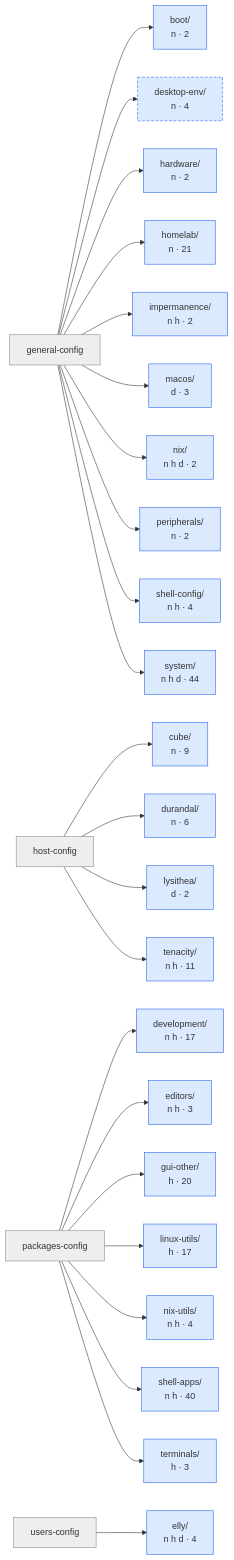
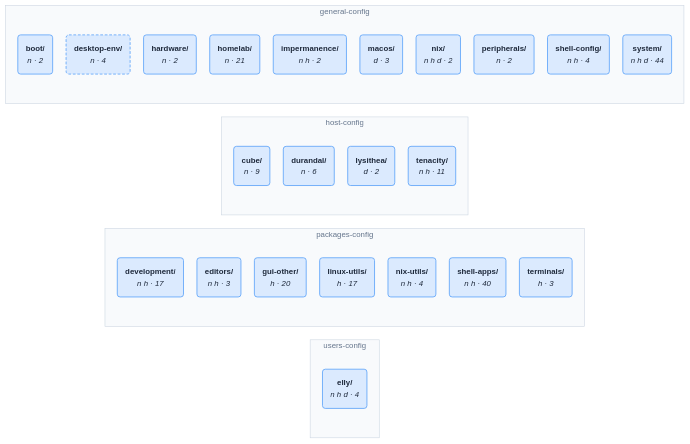
The diagram in wiki/architecture.md (NireBryce/nixos-configs), drawn with Mermaid before and after one commit. The commit also changed 3 other files, not shown here.

First line of the commit message:
feat: module-graph diagrams styled after nix-topology

````diff
--- a/wiki/architecture.md
+++ b/wiki/architecture.md
@@ -61,62 +61,48 @@
 ```mermaid
+%%{init: {"theme": "base", "themeVariables": {"fontFamily": "ui-sans-serif, system-ui, sans-serif", "fontSize": "14px", "lineColor": "#94a3b8"}, "flowchart": {"curve": "basis", "nodeSpacing": 24, "rankSpacing": 80, "padding": 14}}}%%
 flowchart LR
-    n0["general-config"]
-    n1["host-config"]
-    n2["packages-config"]
-    n3["users-config"]
-    n4["boot/<br/>n · 2"]
-    n5["desktop-env/<br/>n · 4"]
-    n6["hardware/<br/>n · 2"]
-    n7["homelab/<br/>n · 21"]
-    n8["impermanence/<br/>n h · 2"]
-    n9["macos/<br/>d · 3"]
-    n10["nix/<br/>n h d · 2"]
-    n11["peripherals/<br/>n · 2"]
-    n12["shell-config/<br/>n h · 4"]
-    n13["system/<br/>n h d · 44"]
-    n14["cube/<br/>n · 9"]
-    n15["durandal/<br/>n · 6"]
-    n16["lysithea/<br/>d · 2"]
-    n17["tenacity/<br/>n h · 11"]
-    n18["development/<br/>n h · 17"]
-    n19["editors/<br/>n h · 3"]
-    n20["gui-other/<br/>h · 20"]
-    n21["linux-utils/<br/>h · 17"]
-    n22["nix-utils/<br/>n h · 4"]
-    n23["shell-apps/<br/>n h · 40"]
-    n24["terminals/<br/>h · 3"]
-    n25["elly/<br/>n h d · 4"]
-    n0 --> n4
-    n0 --> n5
-    n0 --> n6
-    n0 --> n7
-    n0 --> n8
-    n0 --> n9
-    n0 --> n10
-    n0 --> n11
-    n0 --> n12
-    n0 --> n13
-    n1 --> n14
-    n1 --> n15
-    n1 --> n16
-    n1 --> n17
-    n2 --> n18
-    n2 --> n19
-    n2 --> n20
-    n2 --> n21
-    n2 --> n22
-    n2 --> n23
-    n2 --> n24
-    n3 --> n25
-    classDef area fill:#eee,stroke:#888
-    classDef category fill:#dbeafe,stroke:#2563eb
-    classDef module fill:#fff,stroke:#555
-    classDef aggregate fill:#fef3c7,stroke:#b45309
-    classDef missing fill:#fee2e2,stroke:#b91c1c
-    classDef orphan fill:#fff,stroke:#dc2626,stroke-width:3px,color:#b91c1c
+    subgraph g3["users-config"]
+        n25("<b>elly/</b><br/><i>n h d · 4</i>")
+    end
+    style g3 fill:#f8fafc,stroke:#cbd5e1,color:#64748b
+    subgraph g2["packages-config"]
+        n18("<b>development/</b><br/><i>n h · 17</i>")
+        n19("<b>editors/</b><br/><i>n h · 3</i>")
+        n20("<b>gui-other/</b><br/><i>h · 20</i>")
+        n21("<b>linux-utils/</b><br/><i>h · 17</i>")
+        n22("<b>nix-utils/</b><br/><i>n h · 4</i>")
+        n23("<b>shell-apps/</b><br/><i>n h · 40</i>")
+        n24("<b>terminals/</b><br/><i>h · 3</i>")
+    end
+    style g2 fill:#f8fafc,stroke:#cbd5e1,color:#64748b
+    subgraph g1["host-config"]
+        n14("<b>cube/</b><br/><i>n · 9</i>")
+        n15("<b>durandal/</b><br/><i>n · 6</i>")
+        n16("<b>lysithea/</b><br/><i>d · 2</i>")
+        n17("<b>tenacity/</b><br/><i>n h · 11</i>")
+    end
+    style g1 fill:#f8fafc,stroke:#cbd5e1,color:#64748b
+    subgraph g0["general-config"]
+        n4("<b>boot/</b><br/><i>n · 2</i>")
+        n5("<b>desktop-env/</b><br/><i>n · 4</i>")
+        n6("<b>hardware/</b><br/><i>n · 2</i>")
+        n7("<b>homelab/</b><br/><i>n · 21</i>")
+        n8("<b>impermanence/</b><br/><i>n h · 2</i>")
+        n9("<b>macos/</b><br/><i>d · 3</i>")
+        n10("<b>nix/</b><br/><i>n h d · 2</i>")
+        n11("<b>peripherals/</b><br/><i>n · 2</i>")
+        n12("<b>shell-config/</b><br/><i>n h · 4</i>")
+        n13("<b>system/</b><br/><i>n h d · 44</i>")
+    end
+    style g0 fill:#f8fafc,stroke:#cbd5e1,color:#64748b
+    classDef area fill:#f8fafc,stroke:#cbd5e1,color:#1e293b,stroke-width:1.5px
+    classDef category fill:#dbeafe,stroke:#60a5fa,color:#1e293b,stroke-width:1.5px
+    classDef module fill:#ffffff,stroke:#94a3b8,color:#1e293b,stroke-width:1.5px
+    classDef aggregate fill:#ffffff,stroke:#f59e0b,color:#1e293b,stroke-width:1.5px
+    classDef missing fill:#fee2e2,stroke:#ef4444,color:#1e293b,stroke-width:1.5px
+    classDef orphan fill:#fff1f2,stroke:#e11d48,color:#1e293b,stroke-width:2.5px
     classDef bymodule stroke-dasharray:5 3
-    classDef merges stroke:#dc2626,stroke-width:3px
-    class n0,n1,n2,n3 area
+    classDef merges stroke:#e11d48,stroke-width:2.5px
     class n4,n5,n6,n7,n8,n9,n10,n11,n12,n13,n14,n15,n16,n17,n18,n19,n20,n21,n22,n23,n24,n25 category
     class n5 bymodule
 ```
````
